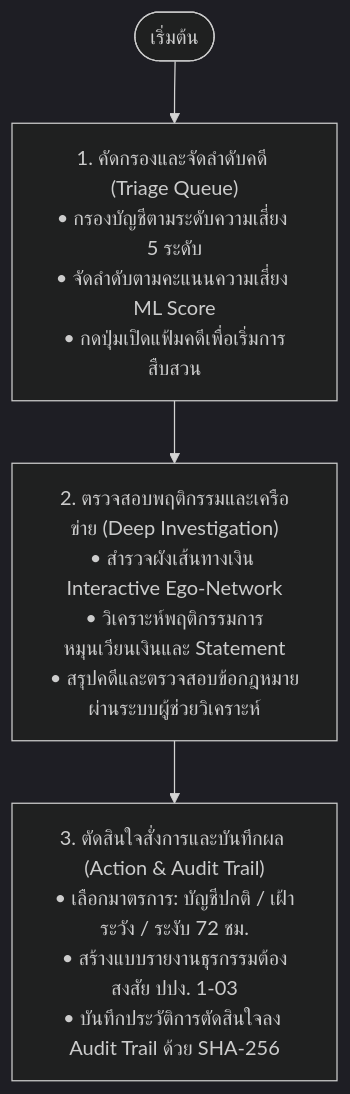
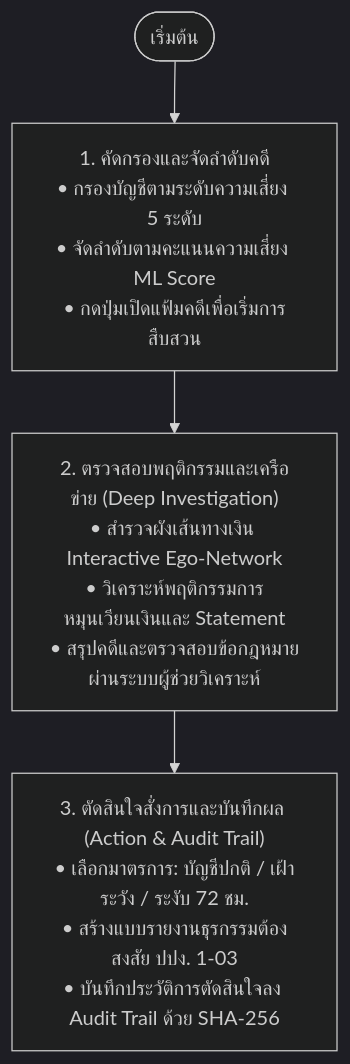
One commit to SUPAGORN0306/sherlock changed the diagram in README.md. Above: the diagram before and after it, drawn with Mermaid (dark theme). The commit also changed other lines of this file, not shown here.

````diff
--- a/README.md
+++ b/README.md
@@ -59,8 +61,8 @@
 ```mermaid
 flowchart TD
-    Start([เริ่มต้น]) --> Step1["1. คัดกรองและจัดลำดับคดี (Triage Queue)<br/>• กรองบัญชีตามระดับความเสี่ยง 5 ระดับ<br/>• จัดลำดับตามคะแนนความเสี่ยง ML Score<br/>• กดปุ่มเปิดแฟ้มคดีเพื่อเริ่มการสืบสวน"]
+    Start([เริ่มต้น]) --> Step1["1. คัดกรองและจัดลำดับคดี<br/>• กรองบัญชีตามระดับความเสี่ยง 5 ระดับ<br/>• จัดลำดับตามคะแนนความเสี่ยง ML Score<br/>• กดปุ่มเปิดแฟ้มคดีเพื่อเริ่มการสืบสวน"]
     
     Step1 --> Step2["2. ตรวจสอบพฤติกรรมและเครือข่าย (Deep Investigation)<br/>• สำรวจผังเส้นทางเงิน Interactive Ego-Network<br/>• วิเคราะห์พฤติกรรมการหมุนเวียนเงินและ Statement<br/>• สรุปคดีและตรวจสอบข้อกฎหมายผ่านระบบผู้ช่วยวิเคราะห์"]
     
     Step2 --> Step3["3. ตัดสินใจสั่งการและบันทึกผล (Action & Audit Trail)<br/>• เลือกมาตรการ: บัญชีปกติ / เฝ้าระวัง / ระงับ 72 ชม.<br/>• สร้างแบบรายงานธุรกรรมต้องสงสัย ปปง. 1-03<br/>• บันทึกประวัติการตัดสินใจลง Audit Trail ด้วย SHA-256"]
 ```
````
